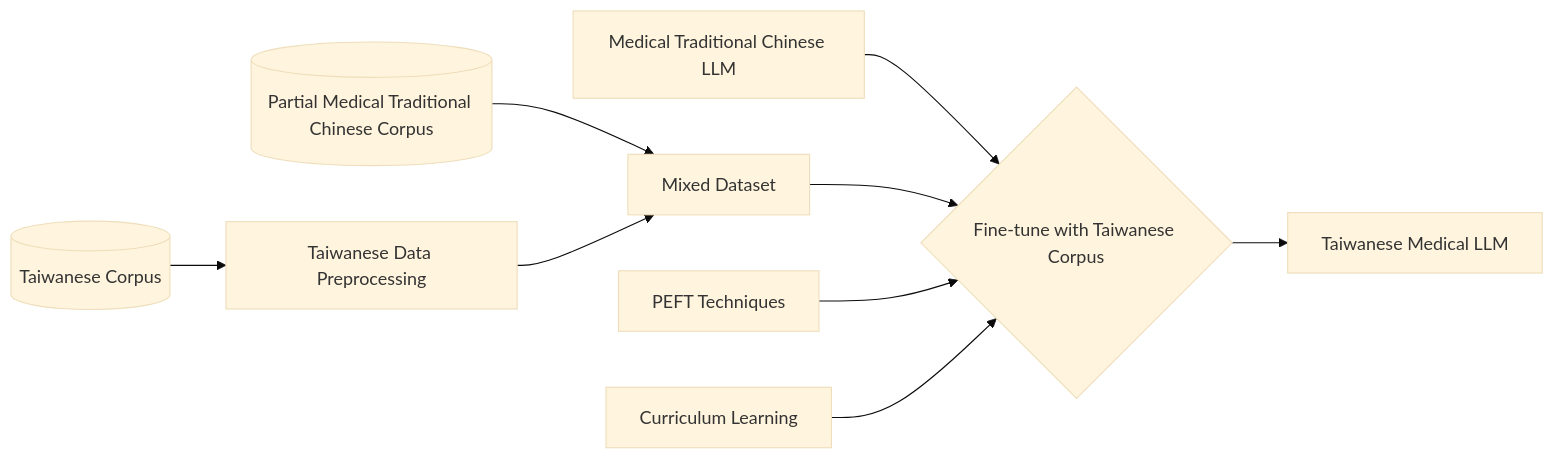
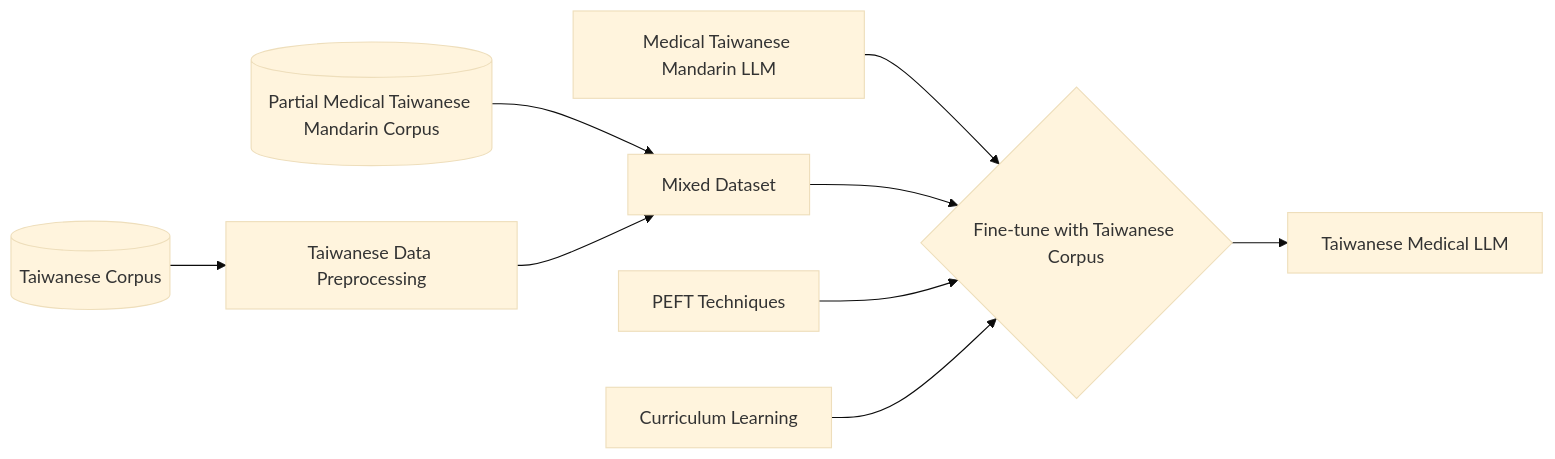
Before and after one commit to iridiumtao/Fine-Tuning-Taiwanese-Hokkien-LLM-for-Medical-Advising: the third of 4 diagrams in README.md, drawn with Mermaid (base theme). The commit also changed other lines of this file, not shown here.

Commit message:
Replaced TC to Taiwanese Mandarin

````diff
--- a/README.md
+++ b/README.md
@@ -77,13 +77,13 @@
 ```mermaid
 flowchart LR
-    A[Medical Traditional Chinese LLM] --> B{Fine-tune with Taiwanese Corpus}
+    A[Medical Taiwanese Mandarin LLM] --> B{Fine-tune with Taiwanese Corpus}
     B --> C[Taiwanese Medical LLM]
     
     D[(Taiwanese Corpus)] --> E[Taiwanese Data Preprocessing]
-    F[(Partial Medical Traditional Chinese Corpus)] --> G[Mixed Dataset]
+    F[(Partial Medical Taiwanese Mandarin Corpus)] --> G[Mixed Dataset]
     E --> G
     G --> B
     
     H[PEFT Techniques] --> B
     I[Curriculum Learning] --> B
 ```
````
